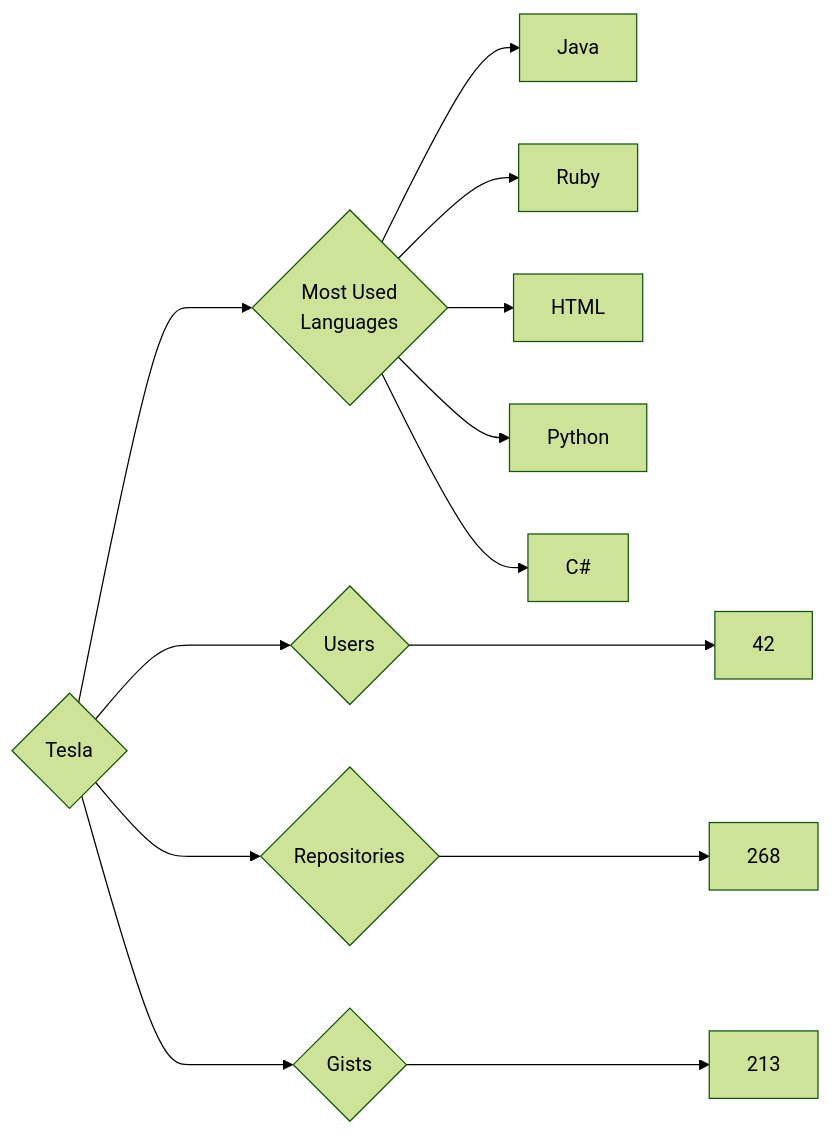
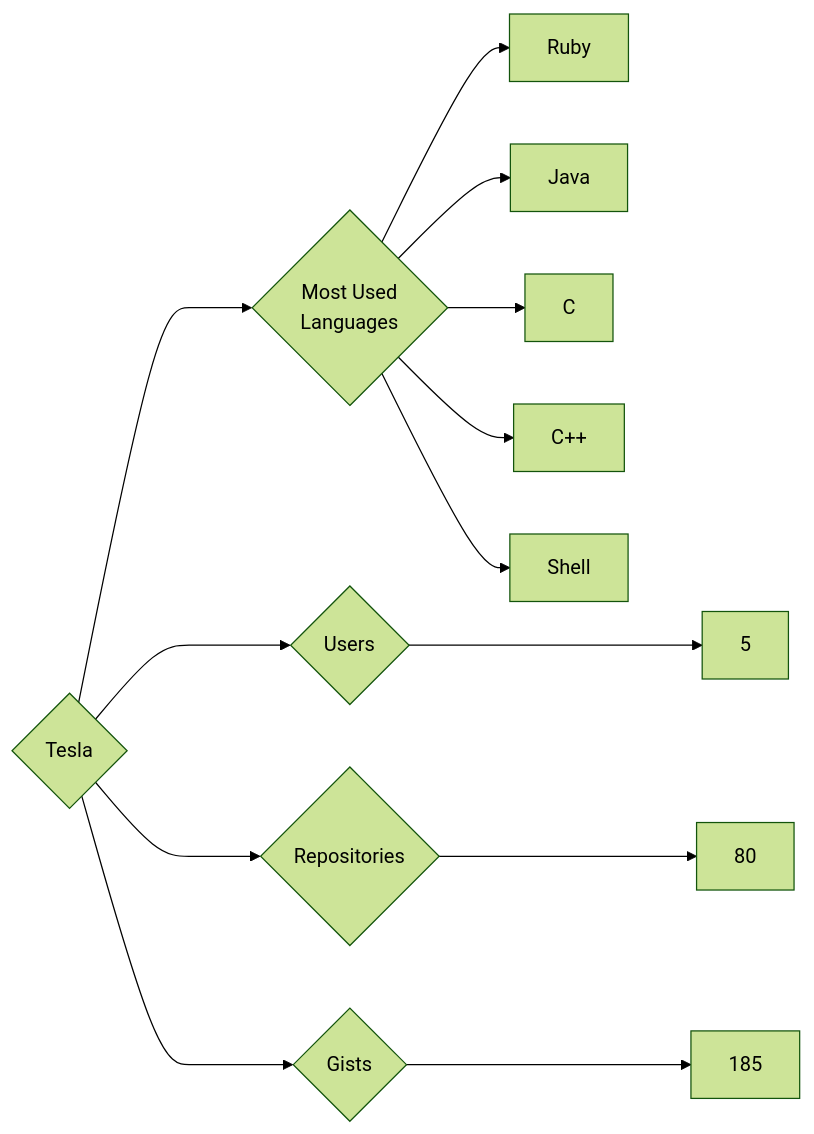
Before and after one commit to trickest/insiders: the diagram in targets/Tesla/README.md, drawn with Mermaid (forest theme). The commit also changed 870 other files, not shown here.

````diff
--- a/targets/Tesla/README.md
+++ b/targets/Tesla/README.md
@@ -3,13 +3,13 @@
 ```mermaid
 graph LR
 COMPANY_NAME{Tesla}
-COMPANY_NAME ---> U{Users} ---> UN[42]
-COMPANY_NAME ---> R{Repositories} ---> RN[268]
-COMPANY_NAME ---> G{Gists} ---> GN[213]
+COMPANY_NAME ---> U{Users} ---> UN[5]
+COMPANY_NAME ---> R{Repositories} ---> RN[80]
+COMPANY_NAME ---> G{Gists} ---> GN[185]
 COMPANY_NAME ---> ML{Most Used<br>Languages}
+ML --> Ruby[Ruby]
 ML --> Java[Java]
-ML --> Ruby[Ruby]
-ML --> HTML[HTML]
-ML --> Python[Python]
-ML --> C#[C#]
+ML --> C[C]
+ML --> C++[C++]
+ML --> Shell[Shell]
 ```
````
